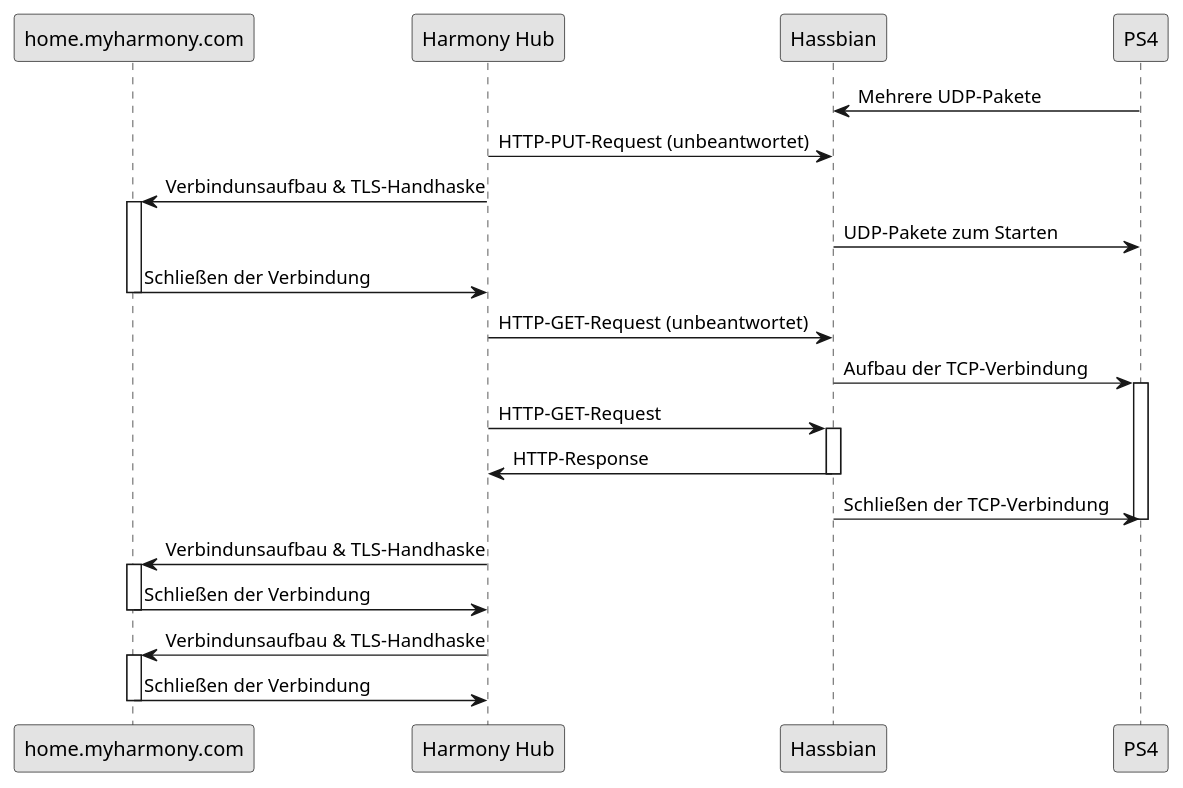
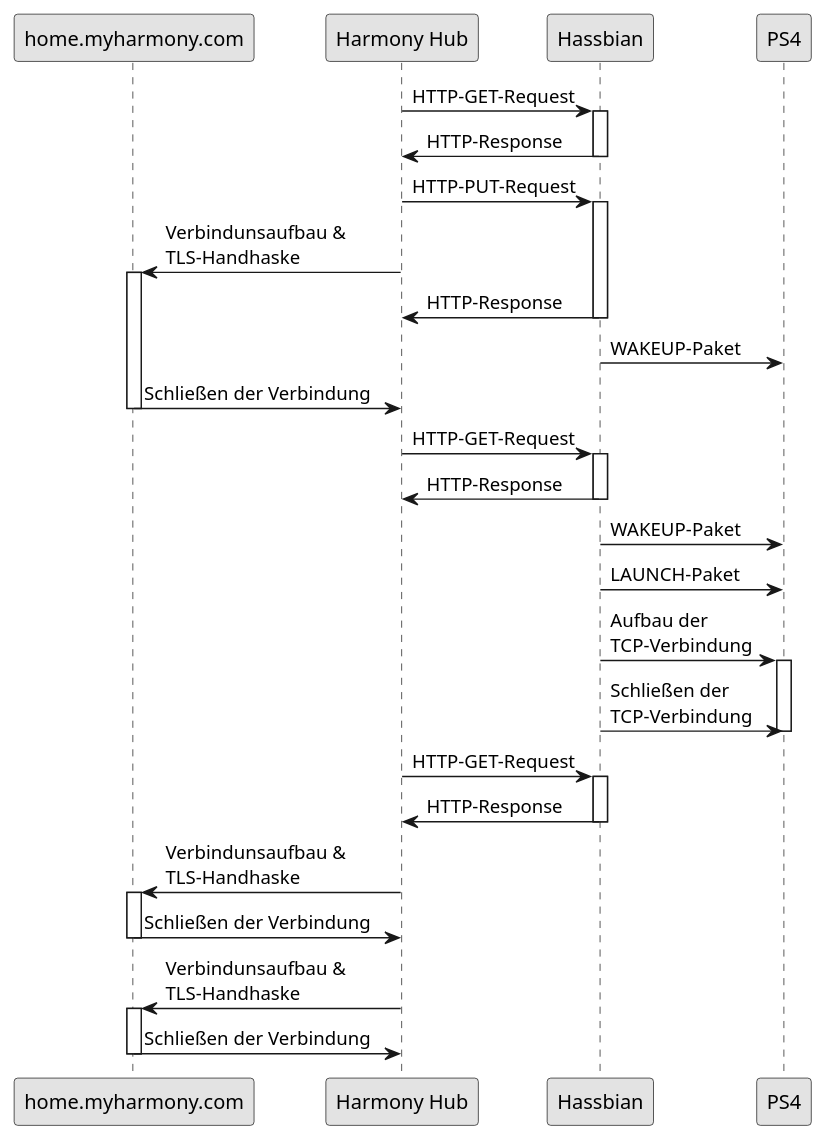
Before and after one commit to deeKay93/komunikationssysteme: the diagram in assets/uml/ps-ein-harmony.wsd, drawn with PlantUML. The commit also changed 10 other files, not shown here.

```diff
--- a/assets/uml/ps-ein-harmony.wsd
+++ b/assets/uml/ps-ein-harmony.wsd
@@ -1,44 +1,59 @@
 @startuml ps-ein-harmony
 skinparam componentStyle uml2
 skinparam monochrome true
 
 participant "home.myharmony.com" as mh
 participant "Harmony Hub" as hu
 participant "Hassbian" as ha
 participant "PS4" as p
 
 
-p -> ha : Mehrere UDP-Pakete
-hu -> ha: HTTP-PUT-Request (unbeantwortet)
-hu -> mh : Verbindunsaufbau & TLS-Handhaske
+hu -> ha: HTTP-GET-Request
+activate ha
+ha -> hu: HTTP-Response
+deactivate ha
+
+hu -> ha: HTTP-PUT-Request
+activate ha
+
+hu -> mh : Verbindunsaufbau &\nTLS-Handhaske
 activate mh
 
-ha -> p : UDP-Pakete zum Starten
+ha -> hu: HTTP-Response
+deactivate ha
+
+
+ha -> p : WAKEUP-Paket
 
 mh -> hu : Schließen der Verbindung
 deactivate mh
 
-
-hu -> ha: HTTP-GET-Request (unbeantwortet)
-
-ha -> p : Aufbau der TCP-Verbindung
-activate p
 
 hu -> ha: HTTP-GET-Request
 activate ha
 ha -> hu: HTTP-Response
 deactivate ha
 
-ha -> p : Schließen der TCP-Verbindung
+ha -> p : WAKEUP-Paket
+ha -> p : LAUNCH-Paket
+
+ha -> p : Aufbau der\nTCP-Verbindung
+activate p
+ha -> p : Schließen der\nTCP-Verbindung
 deactivate p
 
-hu -> mh : Verbindunsaufbau & TLS-Handhaske
+hu -> ha: HTTP-GET-Request
+activate ha
+ha -> hu: HTTP-Response
+deactivate ha
+
+hu -> mh : Verbindunsaufbau &\nTLS-Handhaske
 activate mh
 mh -> hu : Schließen der Verbindung
 deactivate mh
-hu -> mh : Verbindunsaufbau & TLS-Handhaske
+hu -> mh : Verbindunsaufbau &\nTLS-Handhaske
 activate mh
 mh -> hu : Schließen der Verbindung
 deactivate mh
 
 @enduml
```
